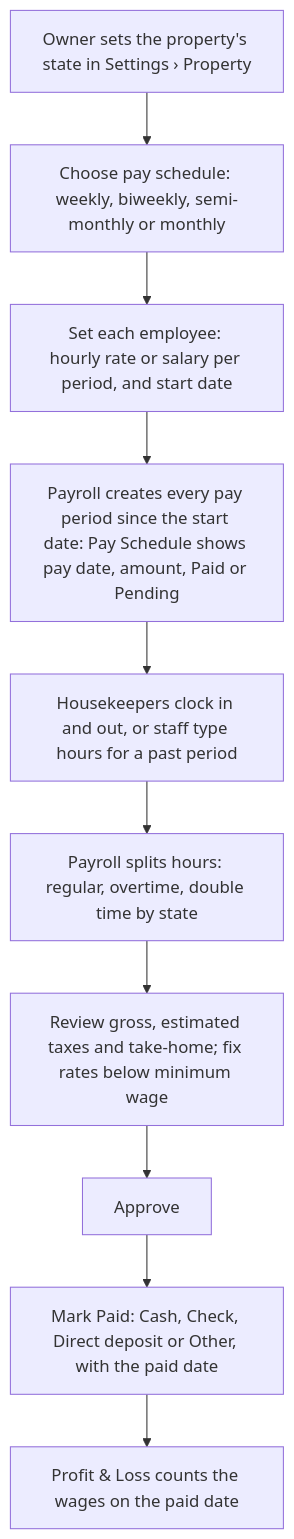
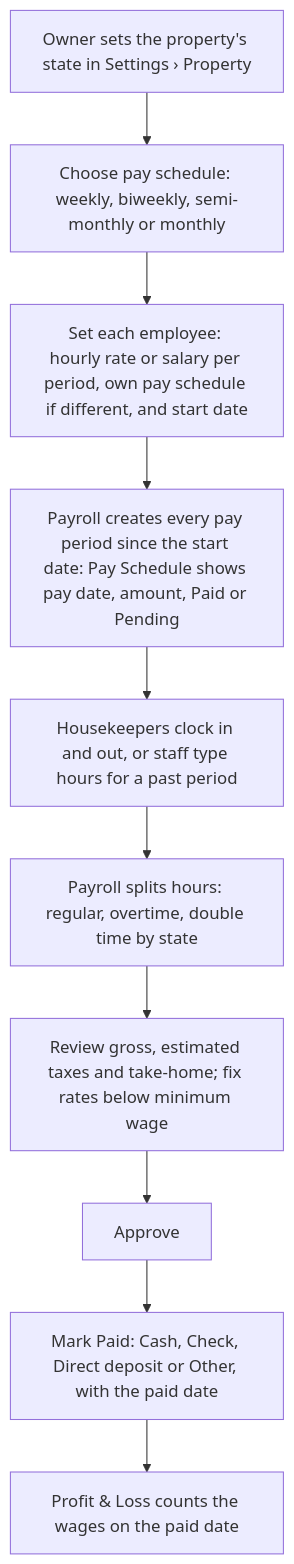
Before and after one commit to axellonecommerce-pixel/Hotel-PMS-Backend: the eighth of 14 diagrams in docs/user-flow.md, drawn with Mermaid. The commit also changed 4 other files, not shown here.

First line of the commit message:
Payroll: each employee on their own pay schedule; strict status update schema

````diff
--- a/docs/user-flow.md
+++ b/docs/user-flow.md
@@ -129,12 +129,12 @@
 ```mermaid
 flowchart TD
   A[Owner sets the property's state in Settings › Property] --> B[Choose pay schedule: weekly, biweekly, semi-monthly or monthly]
-  B --> C[Set each employee: hourly rate or salary per period, and start date]
+  B --> C[Set each employee: hourly rate or salary per period, own pay schedule if different, and start date]
   C --> C2[Payroll creates every pay period since the start date: Pay Schedule shows pay date, amount, Paid or Pending]
   C2 --> D[Housekeepers clock in and out, or staff type hours for a past period]
   D --> E[Payroll splits hours: regular, overtime, double time by state]
   E --> F[Review gross, estimated taxes and take-home; fix rates below minimum wage]
   F --> G[Approve]
   G --> H[Mark Paid: Cash, Check, Direct deposit or Other, with the paid date]
   H --> I[Profit & Loss counts the wages on the paid date]
 ```
````
